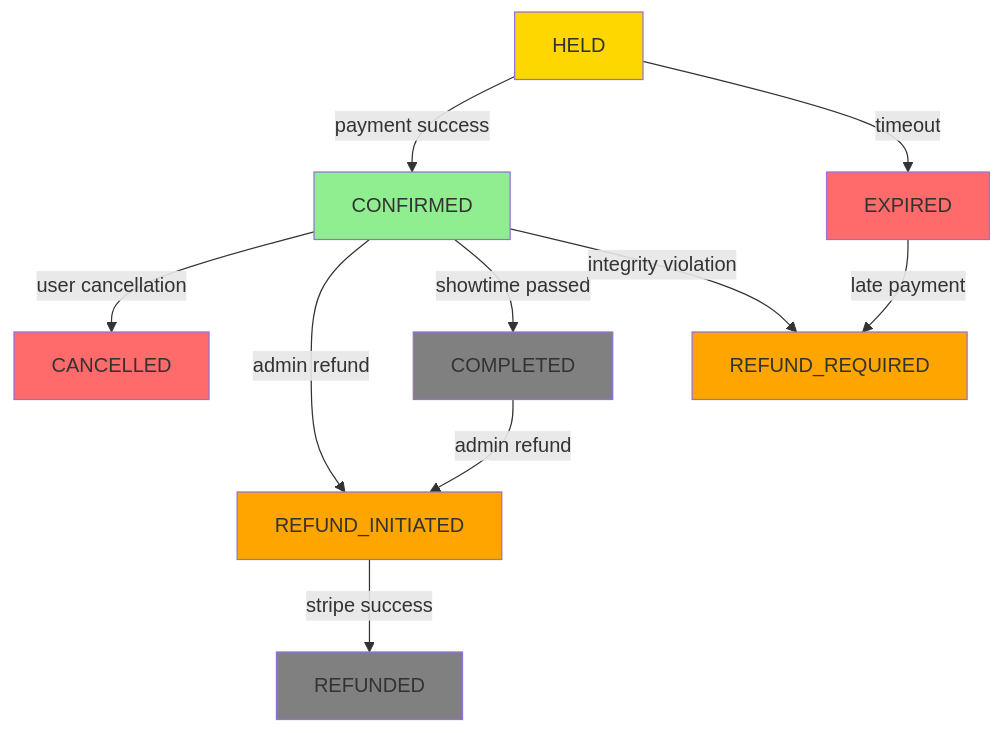
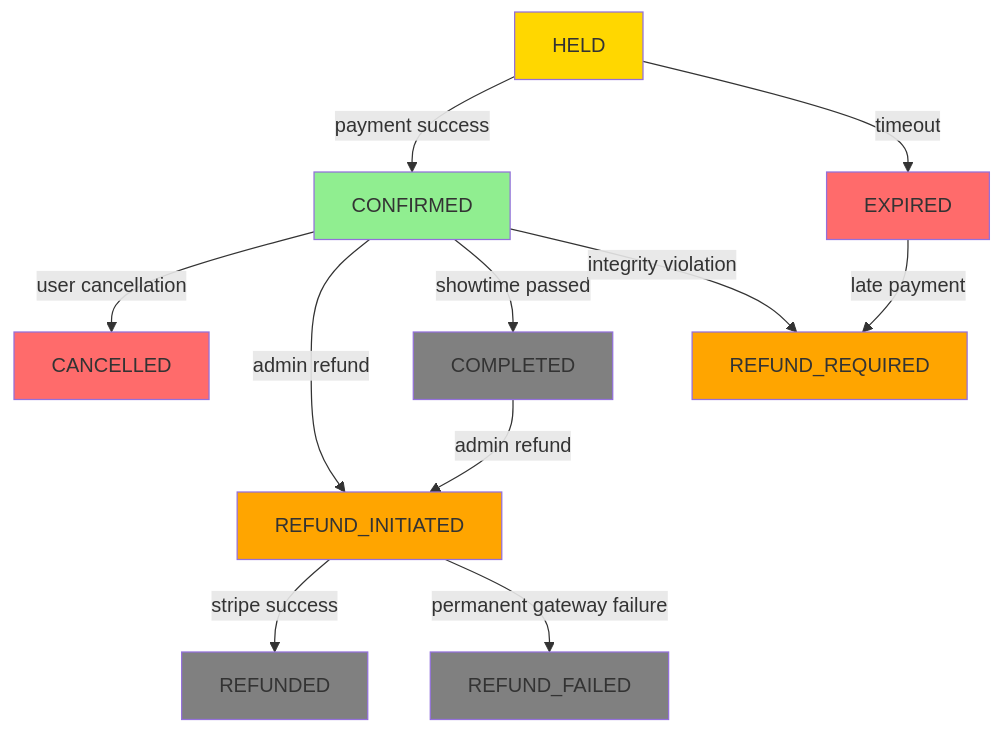
Before and after one commit to ankitkr-04/ticket-ledger: the second of 4 diagrams in docs/architecture/002_lifecycle_states.md, drawn with Mermaid. The commit also changed other lines of this file and 9 other files, not shown here.

Commit message:
feat: Introduce refund failure handling; add REFUND_FAILED status and PermanentGatewayException; update reconciliation logic and database migration

````diff
--- a/docs/architecture/002_lifecycle_states.md
+++ b/docs/architecture/002_lifecycle_states.md
@@ -179,21 +181,23 @@
 ```mermaid
 graph TD
     H[HELD] -->|payment success| C[CONFIRMED]
     H -->|timeout| E[EXPIRED]
     C -->|user cancellation| CA[CANCELLED]
     C -->|admin refund| RI[REFUND_INITIATED]
     RI -->|stripe success| RF[REFUNDED]
+    RI -->|permanent gateway failure| RFF[REFUND_FAILED]
     C -->|showtime passed| CO[COMPLETED]
     CO -->|admin refund| RI
     E -->|late payment| RR[REFUND_REQUIRED]
     C -->|integrity violation| RR
     
     style H fill:#FFD700
     style C fill:#90EE90
     style E fill:#FF6B6B
     style CA fill:#FF6B6B
     style RI fill:#FFA500
     style RF fill:#808080
+    style RFF fill:#808080
     style CO fill:#808080
     style RR fill:#FFA500
 ```
````
